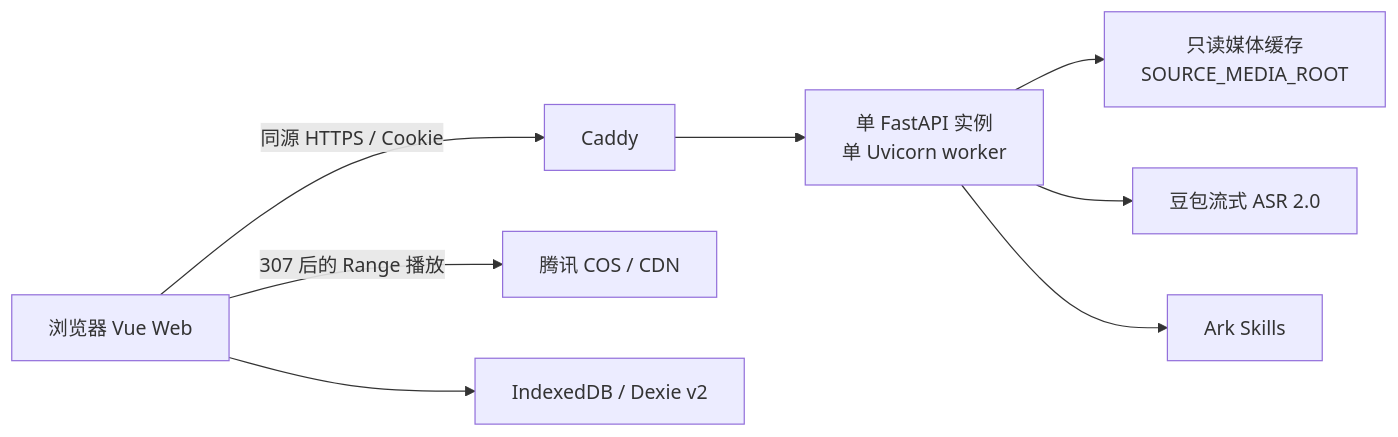
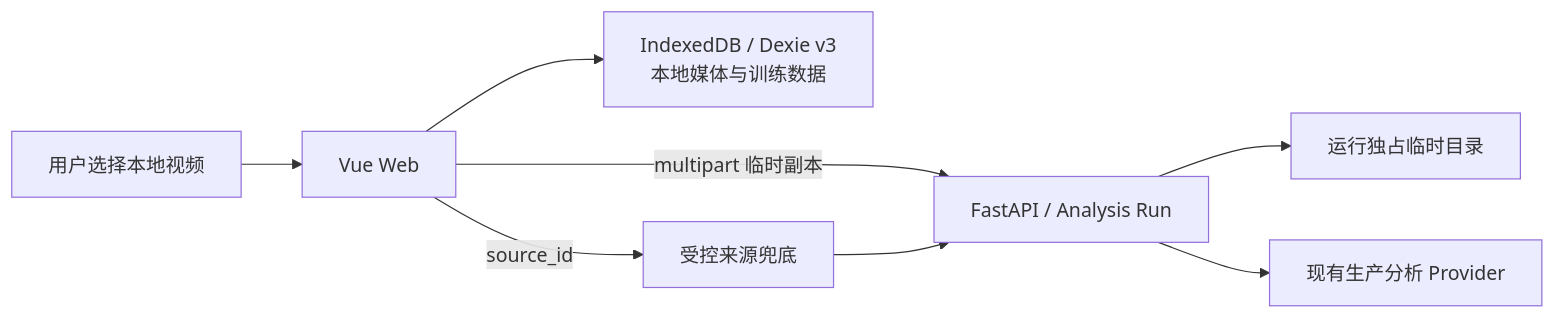
The diagram in docs/technical/web-mvp-architecture.md (happyJumpup/Hachimi), drawn with Mermaid before and after one commit. The commit also changed other lines of this file and 15 other files, not shown here.

````diff
--- a/docs/technical/web-mvp-architecture.md
+++ b/docs/technical/web-mvp-architecture.md
@@ -21,10 +22,10 @@
 ```mermaid
 flowchart LR
-    B["浏览器 Vue Web"] -->|"同源 HTTPS / Cookie"| C["Caddy"]
-    C --> A["单 FastAPI 实例<br/>单 Uvicorn worker"]
-    B -->|"307 后的 Range 播放"| COS["腾讯 COS / CDN"]
-    A --> M["只读媒体缓存<br/>SOURCE_MEDIA_ROOT"]
-    A --> ASR["豆包流式 ASR 2.0"]
-    A --> ARK["Ark Skills"]
-    B --> IDB["IndexedDB / Dexie v2"]
+    U["用户选择本地视频"] --> B["Vue Web"]
+    B --> IDB["IndexedDB / Dexie v3<br/>本地媒体与训练数据"]
+    B -->|"multipart 临时副本"| A["FastAPI / Analysis Run"]
+    A --> T["运行独占临时目录"]
+    A --> P["现有生产分析 Provider"]
+    B -->|"source_id"| C["受控来源兜底"]
+    C --> A
 ```
````
